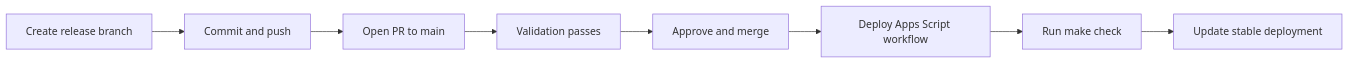
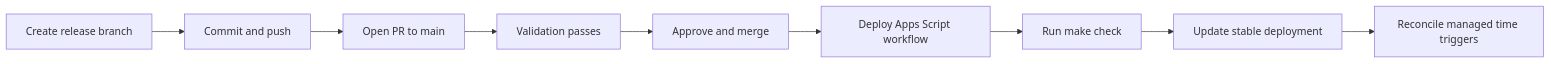
The diagram in docs/DEPLOYMENT.md (marcomc/Google-Drive-Expenses-Cataloger), drawn with Mermaid before and after one commit. The commit also changed other lines of this file and 11 other files, not shown here.

````diff
--- a/docs/DEPLOYMENT.md
+++ b/docs/DEPLOYMENT.md
@@ -20,12 +20,13 @@
 ```mermaid
 flowchart LR
   accTitle: Production release promotion
   accDescr: Shows how a release branch becomes the stable Apps Script deployment.
   branch["Create release branch"] --> commit["Commit and push"]
   commit --> pr["Open PR to main"]
   pr --> validation["Validation passes"]
   validation --> approval["Approve and merge"]
   approval --> deploy["Deploy Apps Script workflow"]
   deploy --> gate["Run make check"]
   gate --> stable["Update stable deployment"]
+  stable --> triggers["Reconcile managed time triggers"]
 ```
````
